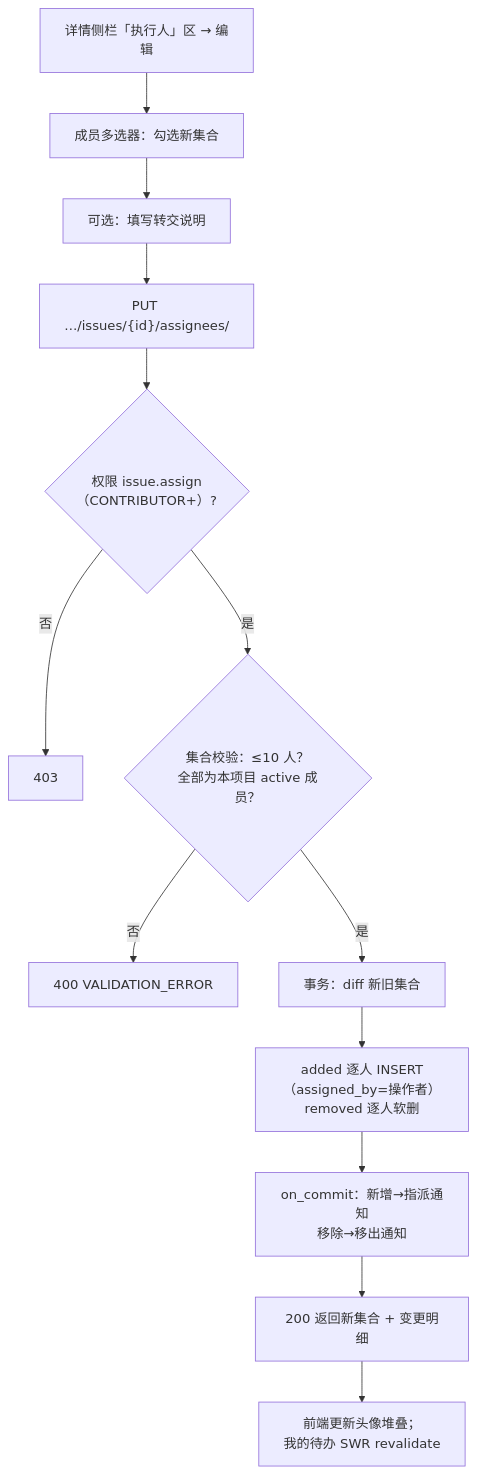
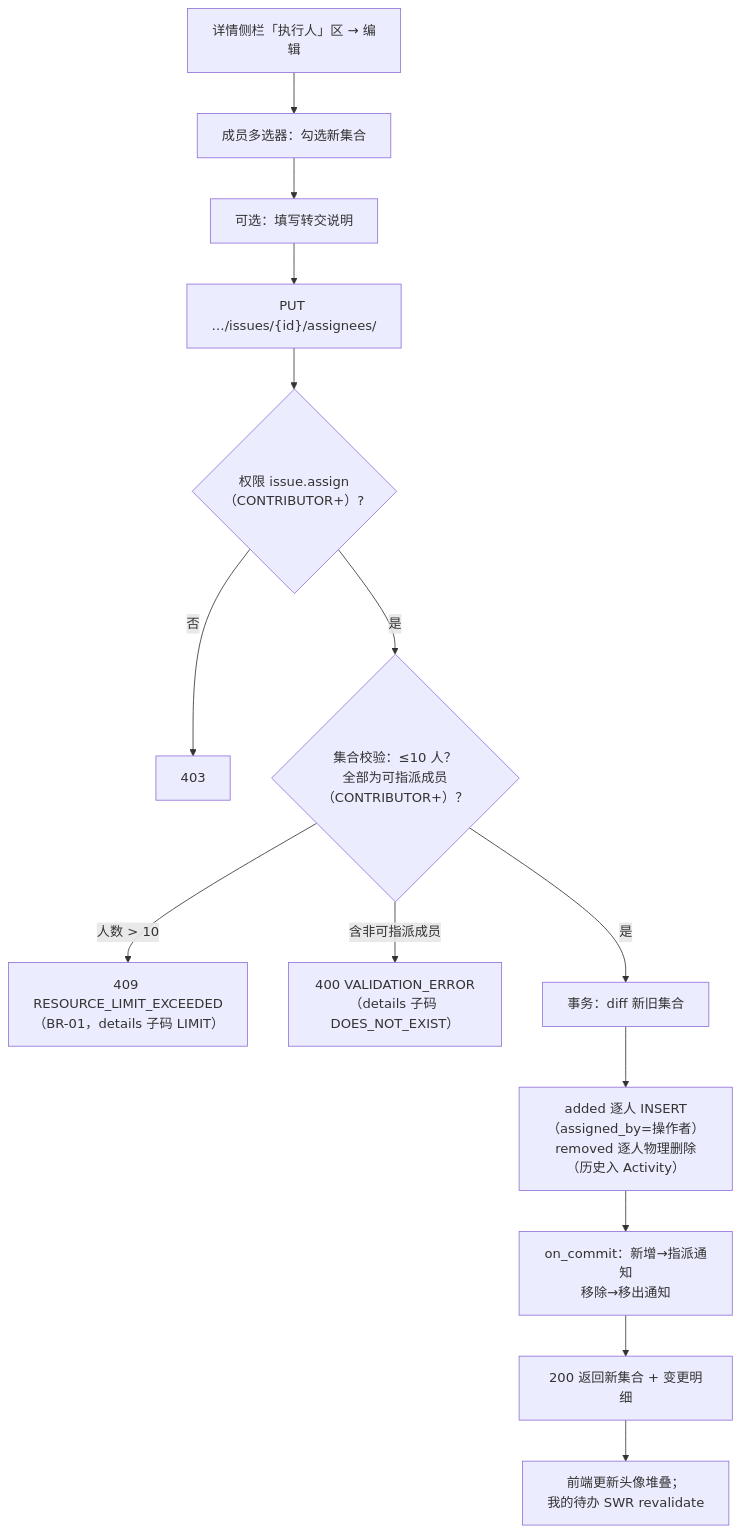
The first of 3 diagrams in docs/sprint-2-task-full/TASK-007-multi-assignee.md (RabbitAI-Lab/RabbitProjects), drawn with Mermaid before and after one commit. The commit also changed other lines of this file and 6 other files, not shown here.

````diff
--- a/docs/sprint-2-task-full/TASK-007-multi-assignee.md
+++ b/docs/sprint-2-task-full/TASK-007-multi-assignee.md
@@ -93,15 +93,16 @@
 ```mermaid
 flowchart TD
     A["详情侧栏「执行人」区 → 编辑"] --> B["成员多选器：勾选新集合"]
     B --> C["可选：填写转交说明"]
     C --> D["PUT …/issues/{id}/assignees/"]
     D --> E{"权限 issue.assign<br/>（CONTRIBUTOR+）?"}
     E -->|否| E1["403"]
-    E -->|是| F{"集合校验：≤10 人？<br/>全部为本项目 active 成员？"}
-    F -->|否| F1["400 VALIDATION_ERROR"]
+    E -->|是| F{"集合校验：≤10 人？<br/>全部为可指派成员（CONTRIBUTOR+）？"}
+    F -->|"人数 > 10"| F1["409 RESOURCE_LIMIT_EXCEEDED<br/>（BR-01，details 子码 LIMIT）"]
+    F -->|"含非可指派成员"| F2["400 VALIDATION_ERROR<br/>（details 子码 DOES_NOT_EXIST）"]
     F -->|是| G["事务：diff 新旧集合"]
-    G --> H["added 逐人 INSERT（assigned_by=操作者）<br/>removed 逐人软删"]
+    G --> H["added 逐人 INSERT（assigned_by=操作者）<br/>removed 逐人物理删除（历史入 Activity）"]
     H --> I["on_commit：新增→指派通知<br/>移除→移出通知"]
     I --> J["200 返回新集合 + 变更明细"]
     J --> K["前端更新头像堆叠；<br/>我的待办 SWR revalidate"]
 ```
````
